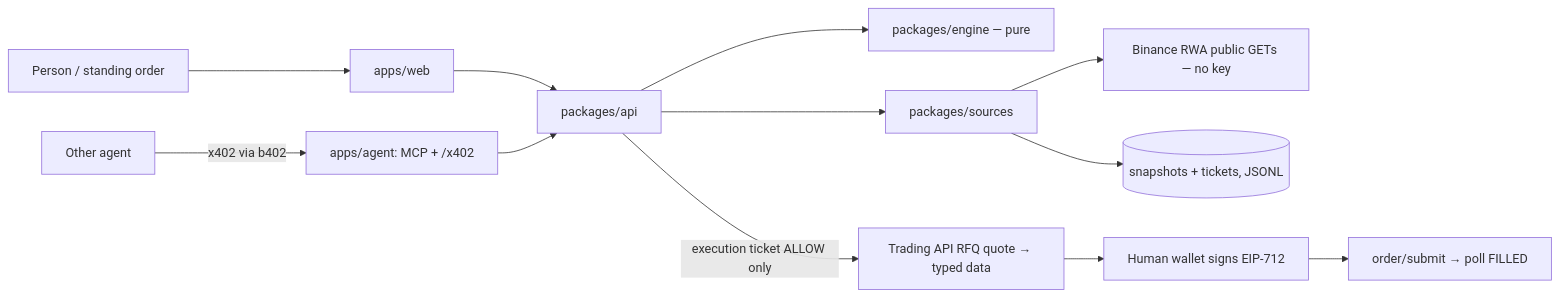
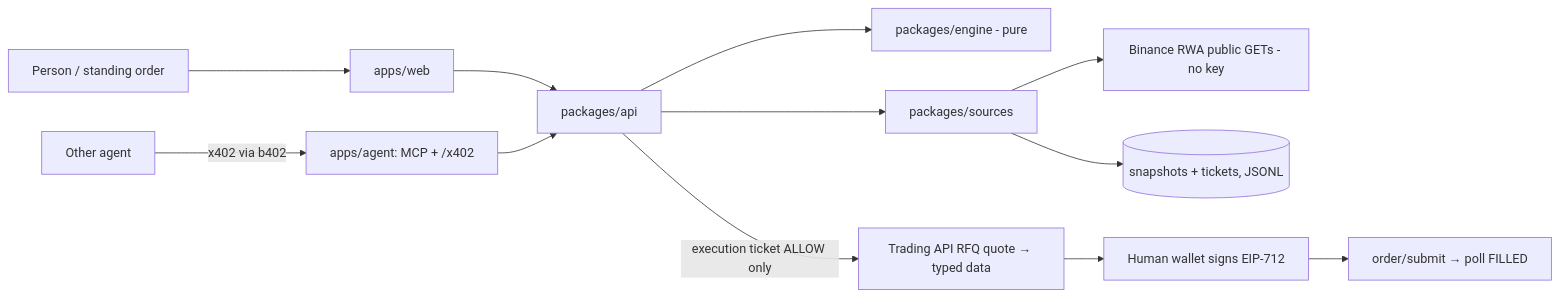
Before and after one commit to Ritapossible/Stamp: the diagram in docs/ARCHITECTURE.md, drawn with Mermaid. The commit also changed other lines of this file and 44 other files, not shown here.

````diff
--- a/docs/ARCHITECTURE.md
+++ b/docs/ARCHITECTURE.md
@@ -39,14 +39,14 @@
 ```mermaid
 flowchart LR
   human[Person / standing order] --> web[apps/web]
   agent2[Other agent] -->|x402 via b402| face[apps/agent: MCP + /x402]
   web --> api[packages/api]
   face --> api
-  api --> engine[packages/engine — pure]
+  api --> engine[packages/engine - pure]
   api --> sources[packages/sources]
-  sources --> rwa[Binance RWA public GETs — no key]
+  sources --> rwa[Binance RWA public GETs - no key]
   sources --> snap[(snapshots + tickets, JSONL)]
   api -->|execution ticket ALLOW only| trade[Trading API RFQ quote → typed data]
   trade --> signer[Human wallet signs EIP-712]
   signer --> submit[order/submit → poll FILLED]
 ```
````
